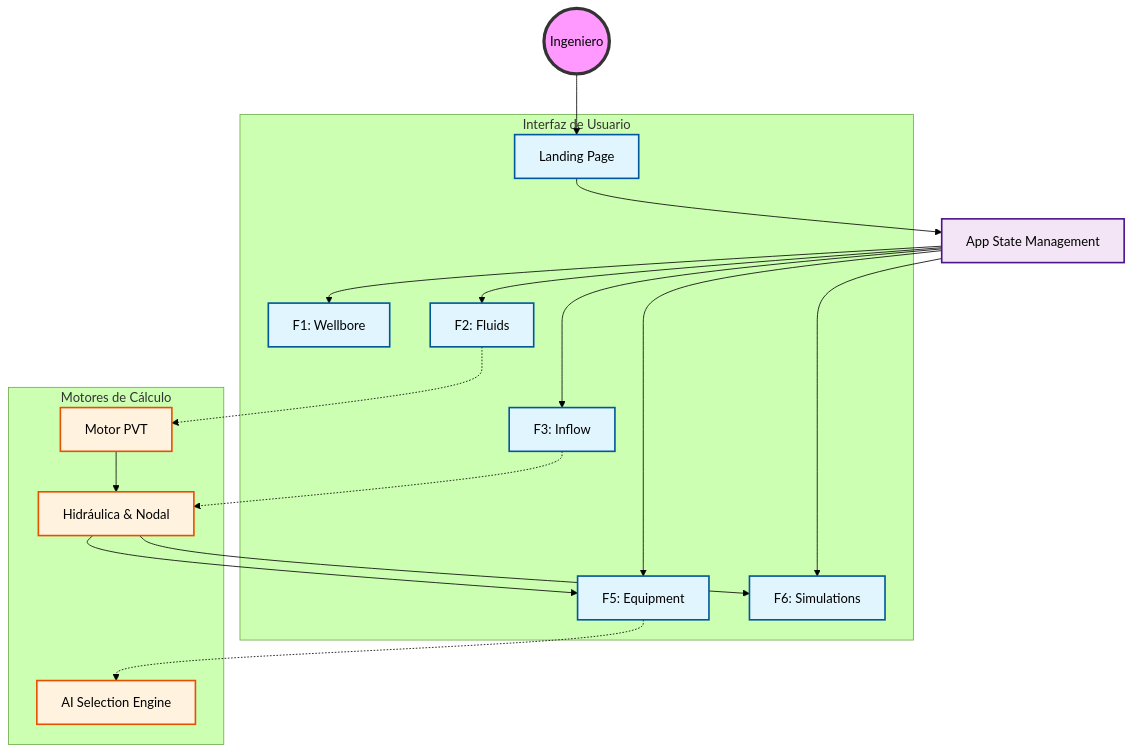
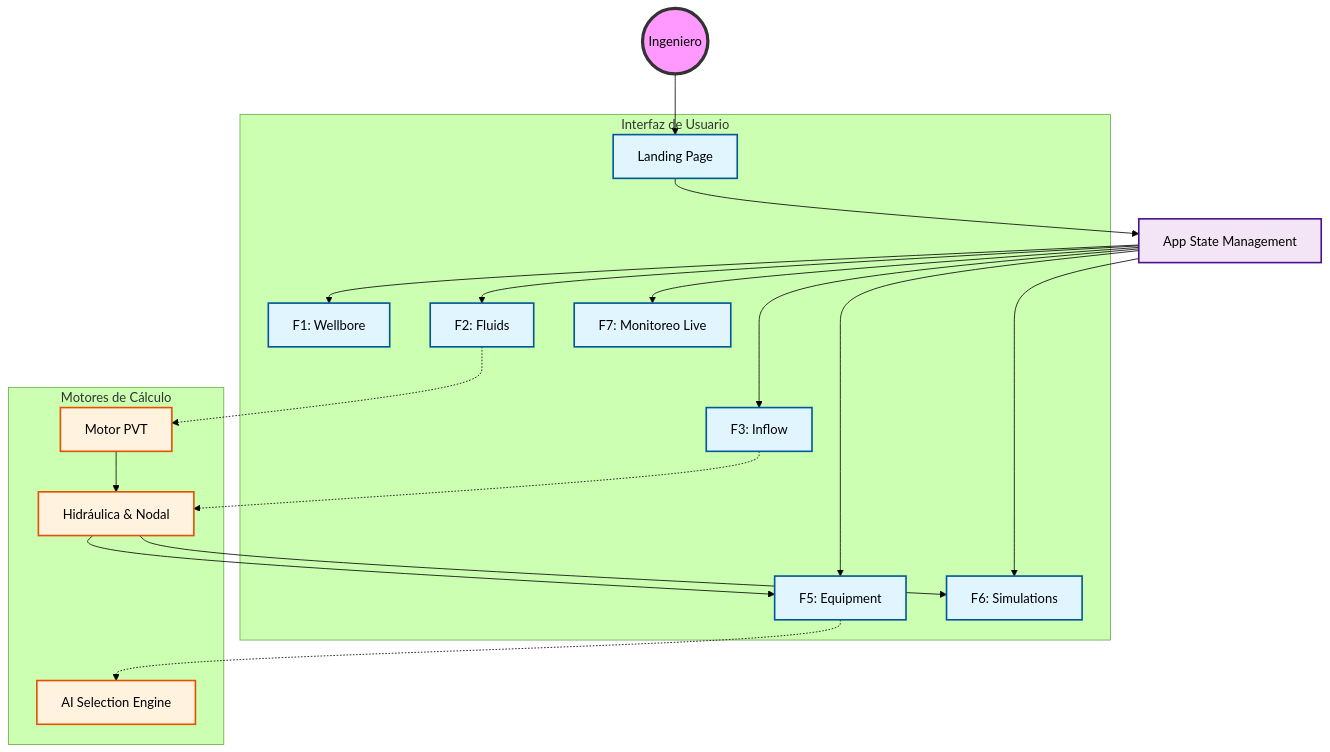
Before and after one commit to andresjimenito-cell/ESP-DESING-STUDIO: the second of 2 diagrams in README.md, drawn with Mermaid (forest theme). The commit also changed other lines of this file and 3 other files, not shown here.

Commit message:
docs: actualizar README, AGENT, motor PVT y agregar documentacion de arquitectura de monitoreo live

````diff
--- a/README.md
+++ b/README.md
@@ -47,39 +62,40 @@
 ```mermaid
 graph TD
     %% Estilos
     classDef user fill:#f9f,stroke:#333,stroke-width:4px;
     classDef ui fill:#e1f5fe,stroke:#01579b,stroke-width:2px;
     classDef engine fill:#fff3e0,stroke:#e65100,stroke-width:2px;
     classDef state fill:#f3e5f5,stroke:#4a148c,stroke-width:2px;
 
     User((Ingeniero)):::user
     
     subgraph UI [Interfaz de Usuario]
         L[Landing Page]:::ui
         P1[F1: Wellbore]:::ui
         P2[F2: Fluids]:::ui
         P3[F3: Inflow]:::ui
         P5[F5: Equipment]:::ui
         P6[F6: Simulations]:::ui
+        P7[F7: Monitoreo Live]:::ui
     end
 
     subgraph Core [Motores de Cálculo]
         PVT[Motor PVT]:::engine
         Hyd[Hidráulica & Nodal]:::engine
         AI[AI Selection Engine]:::engine
     end
 
     App[App State Management]:::state
     
     User --> L
     L --> App
-    App --> P1 & P2 & P3 & P5 & P6
+    App --> P1 & P2 & P3 & P5 & P6 & P7
     
     P2 -.-> PVT
     P3 -.-> Hyd
     P5 -.-> AI
     
     PVT --> Hyd
     Hyd --> P5
     Hyd --> P6
 ```
````
